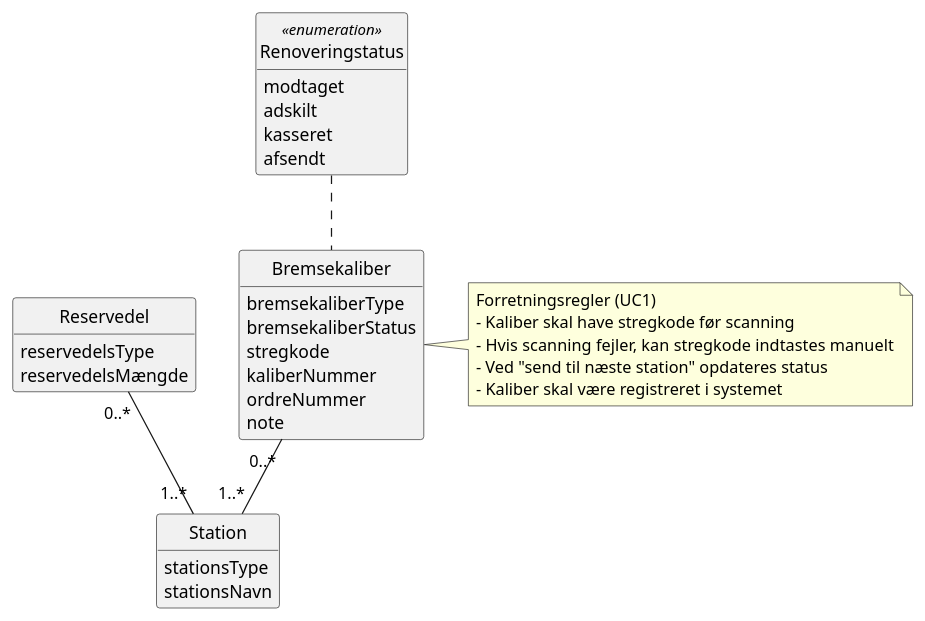
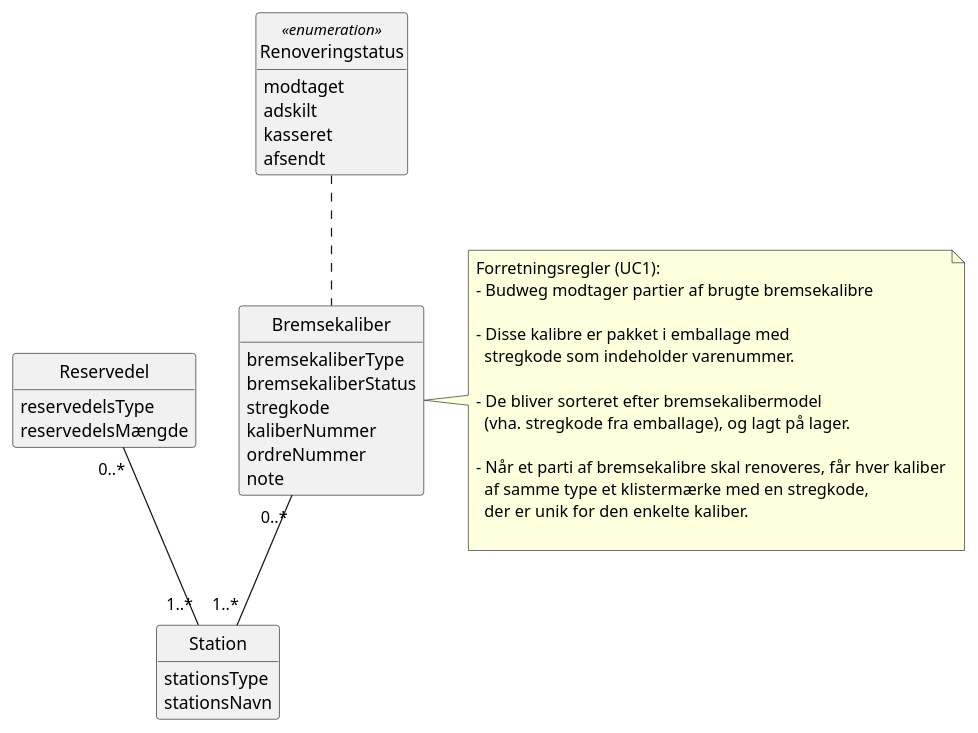
The diagram in Informationsartefakter/Domæne-model.plantuml (senan2315/Team-5A-Budweg), drawn with PlantUML before and after one commit.

Commit message:
rettet forretningsregler i domænemodellen

```diff
--- a/Informationsartefakter/Domæne-model.plantuml
+++ b/Informationsartefakter/Domæne-model.plantuml
@@ -1,42 +1,50 @@
 @startuml Domæne-model til Budweg
 Class Station {
     stationsType
     stationsNavn
 }
 
 Class Bremsekaliber {
     bremsekaliberType
     bremsekaliberStatus
     stregkode
     kaliberNummer
     ordreNummer
     note
 }
 
 note right of Bremsekaliber
-    Forretningsregler (UC1)
-    - Kaliber skal have stregkode før scanning
-    - Hvis scanning fejler, kan stregkode indtastes manuelt
-    - Ved "send til næste station" opdateres status
-    - Kaliber skal være registreret i systemet
+    Forretningsregler (UC1):
+    - Budweg modtager partier af brugte bremsekalibre
+
+    - Disse kalibre er pakket i emballage med 
+      stregkode som indeholder varenummer.
+
+    - De bliver sorteret efter bremsekalibermodel 
+      (vha. stregkode fra emballage), og lagt på lager.
+      
+    - Når et parti af bremsekalibre skal renoveres, får hver kaliber
+      af samme type et klistermærke med en stregkode, 
+      der er unik for den enkelte kaliber.
+
 end note
 
 Class Renoveringstatus <<enumeration>> {
     modtaget
     adskilt
     kasseret
     afsendt
 }
 
 Class  Reservedel{
    reservedelsType
    reservedelsMængde
 }
 
 Reservedel "0..*" -- "1..*" Station
 Renoveringstatus .. Bremsekaliber
 Bremsekaliber "0..*" -- "1..*" Station
 
 hide circle
 hide methods
 @enduml
```
